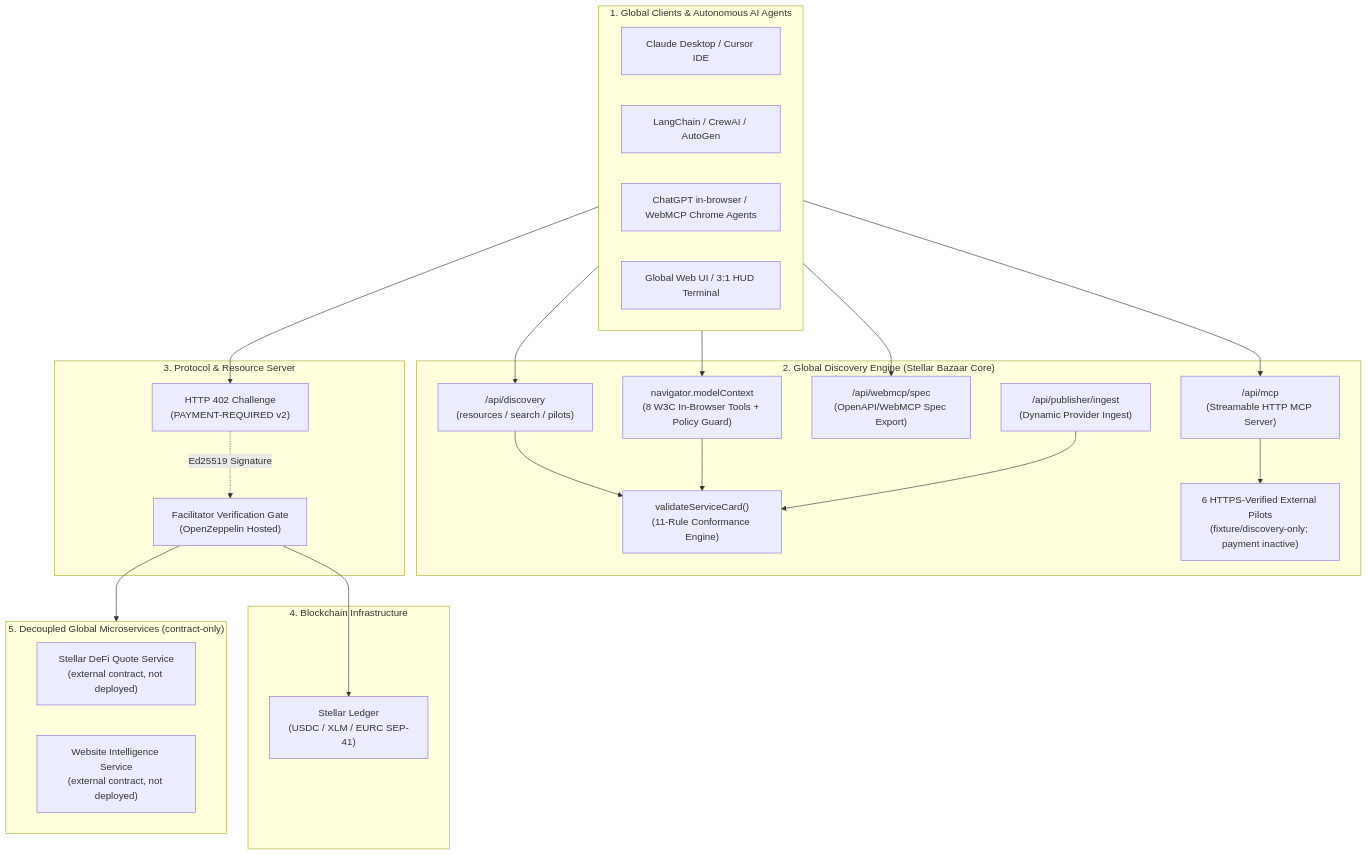
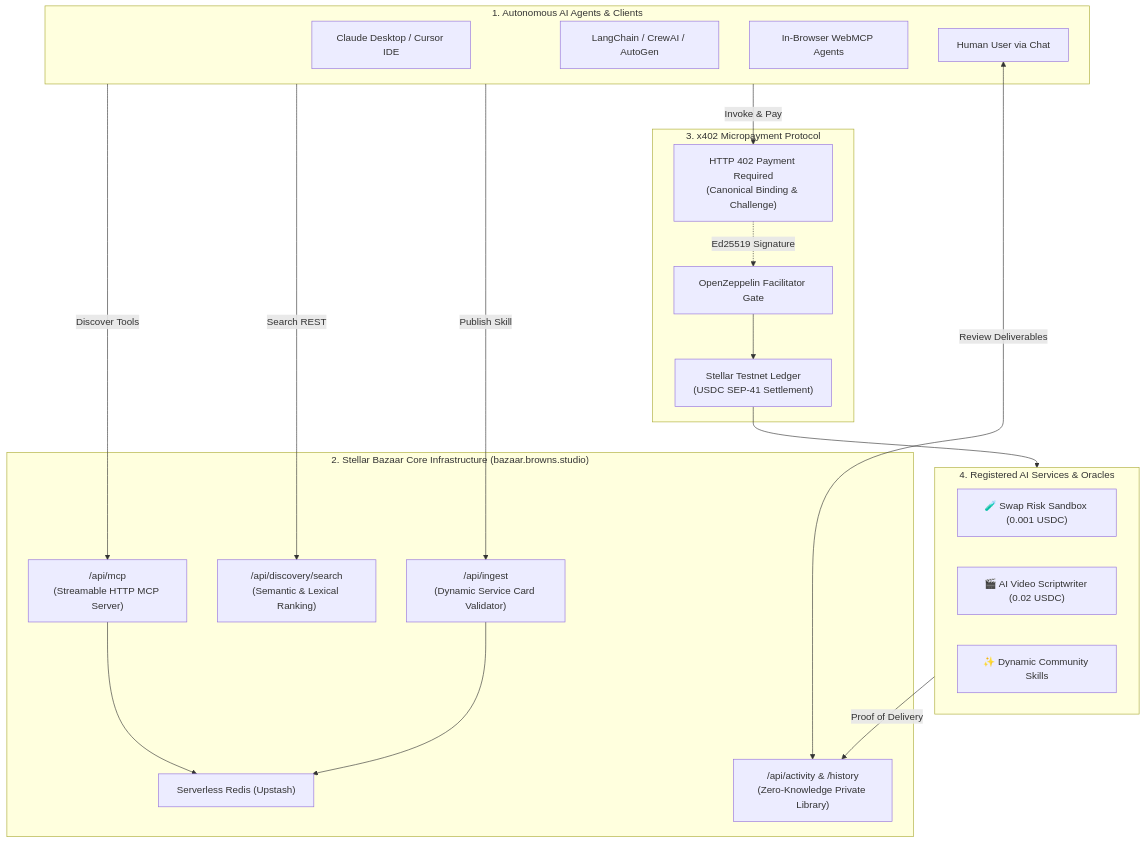
Before and after one commit to CaBsCrypto/stellar-bazaar-x402: the diagram in README.md, drawn with Mermaid. The commit also changed other lines of this file and 1 other file, not shown here.

Commit message:
docs: modernize and update README.md and README.es.md with production URL and MCP specs

````diff
--- a/README.md
+++ b/README.md
@@ -55,47 +83,42 @@
 ```mermaid
 flowchart TD
-    subgraph Clients["1. Global Clients & Autonomous AI Agents"]
+    subgraph Agents["1. Autonomous AI Agents & Clients"]
         Claude["Claude Desktop / Cursor IDE"]
         LangChain["LangChain / CrewAI / AutoGen"]
-        WebAgents["ChatGPT in-browser / WebMCP Chrome Agents"]
-        WebUI["Global Web UI / 3:1 HUD Terminal"]
+        WebAgents["In-Browser WebMCP Agents"]
+        HumanChat["Human User via Chat"]
     end
 
-    subgraph Bazaar["2. Global Discovery Engine (Stellar Bazaar Core)"]
-        WebMCPLayer["navigator.modelContext<br/>(8 W3C In-Browser Tools + Policy Guard)"]
+    subgraph BazaarCore["2. Stellar Bazaar Core Infrastructure (bazaar.browns.studio)"]
         MCPServer["/api/mcp<br/>(Streamable HTTP MCP Server)"]
-        SpecManifest["/api/webmcp/spec<br/>(OpenAPI/WebMCP Spec Export)"]
-        RESTDiscovery["/api/discovery<br/>(resources / search / pilots)"]
-        Validator["validateServiceCard()<br/>(11-Rule Conformance Engine)"]
-        DynamicRegistry["/api/publisher/ingest<br/>(Dynamic Provider Ingest)"]
-        PilotCatalog["6 HTTPS-Verified External Pilots<br/>(fixture/discovery-only; payment inactive)"]
+        RESTDiscovery["/api/discovery/search<br/>(Semantic & Lexical Ranking)"]
+        IngestAPI["/api/ingest<br/>(Dynamic Service Card Validator)"]
+        HistoryEngine["/api/activity & /history<br/>(Zero-Knowledge Private Library)"]
+        Storage["Serverless Redis (Upstash)"]
     end
 
-    subgraph x402Layer["3. Protocol & Resource Server"]
-        Challenge402["HTTP 402 Challenge<br/>(PAYMENT-REQUIRED v2)"]
-        FacilitatorGate["Facilitator Verification Gate<br/>(OpenZeppelin Hosted)"]
+    subgraph x402Protocol["3. x402 Micropayment Protocol"]
+        Challenge402["HTTP 402 Payment Required<br/>(Canonical Binding & Challenge)"]
+        Facilitator["OpenZeppelin Facilitator Gate"]
+        StellarTestnet["Stellar Testnet Ledger<br/>(USDC SEP-41 Settlement)"]
     end
 
-    subgraph Settlement["4. Blockchain Infrastructure"]
-        Testnet["Stellar Ledger<br/>(USDC / XLM / EURC SEP-41)"]
+    subgraph Services["4. Registered AI Services & Oracles"]
+        Sandbox["🧪 Swap Risk Sandbox (0.001 USDC)"]
+        VideoScript["🎬 AI Video Scriptwriter (0.02 USDC)"]
+        CommunityServices["✨ Dynamic Community Skills"]
     end
 
-    subgraph Providers["5. Decoupled Global Microservices (contract-only)"]
-        DeFiService["Stellar DeFi Quote Service<br/>(external contract, not deployed)"]
-        WebIntelService["Website Intelligence Service<br/>(external contract, not deployed)"]
-    end
+    Agents -->|Discover Tools| MCPServer
+    Agents -->|Search REST| RESTDiscovery
+    Agents -->|Publish Skill| IngestAPI
+    IngestAPI --> Storage
+    MCPServer --> Storage
 
-    Clients --> WebMCPLayer
-    Clients --> MCPServer
-    Clients --> SpecManifest
-    Clients --> RESTDiscovery
-    RESTDiscovery --> Validator
-    WebMCPLayer --> Validator
-    MCPServer --> PilotCatalog
-    DynamicRegistry --> Validator
-
-    Clients --> Challenge402
-    Challenge402 -. "Ed25519 Signature" .-> FacilitatorGate
-    FacilitatorGate --> Testnet
-    FacilitatorGate --> Providers
+    Agents -->|Invoke & Pay| Challenge402
+    Challenge402 -. "Ed25519 Signature" .-> Facilitator
+    Facilitator --> StellarTestnet
+    StellarTestnet --> Services
+    Services -->|Proof of Delivery| HistoryEngine
+    HumanChat <-->|Review Deliverables| HistoryEngine
 ```
````
